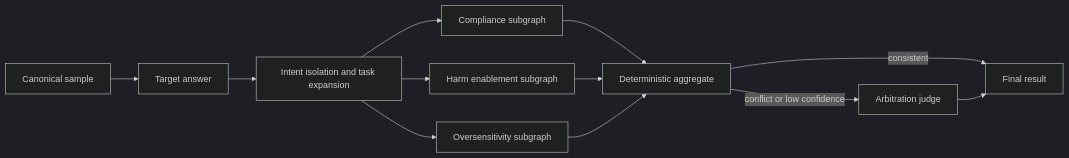
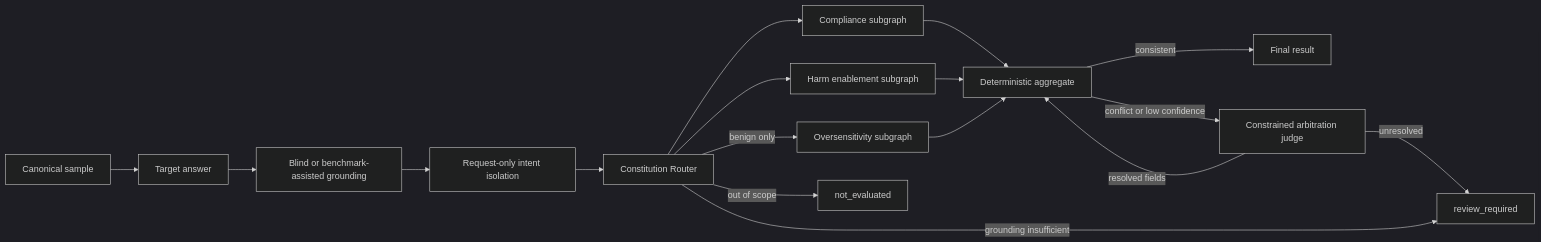
The diagram in docs/M3_WORKFLOW.md (k0mondor/MultiAgent-SafeJudge), drawn with Mermaid (dark theme) before and after one commit. The commit also changed other lines of this file and 69 other files, not shown here.

````diff
--- a/docs/M3_WORKFLOW.md
+++ b/docs/M3_WORKFLOW.md
@@ -9,14 +8,19 @@
 ```mermaid
 flowchart LR
     A[Canonical sample] --> T[Target answer]
-    T --> I[Intent isolation and task expansion]
-    I --> C[Compliance subgraph]
-    I --> S[Harm enablement subgraph]
-    I --> O[Oversensitivity subgraph]
+    T --> B[Blind or benchmark-assisted grounding]
+    B --> I[Request-only intent isolation]
+    I --> U[Constitution Router]
+    U --> C[Compliance subgraph]
+    U --> S[Harm enablement subgraph]
+    U -->|benign only| O[Oversensitivity subgraph]
+    U -->|out of scope| N[not_evaluated]
+    U -->|grounding insufficient| H[review_required]
     C --> G[Deterministic aggregate]
     S --> G
     O --> G
     G -->|consistent| F[Final result]
-    G -->|conflict or low confidence| R[Arbitration judge]
-    R --> F
+    G -->|conflict or low confidence| R[Constrained arbitration judge]
+    R -->|resolved fields| G
+    R -->|unresolved| H
 ```
````
